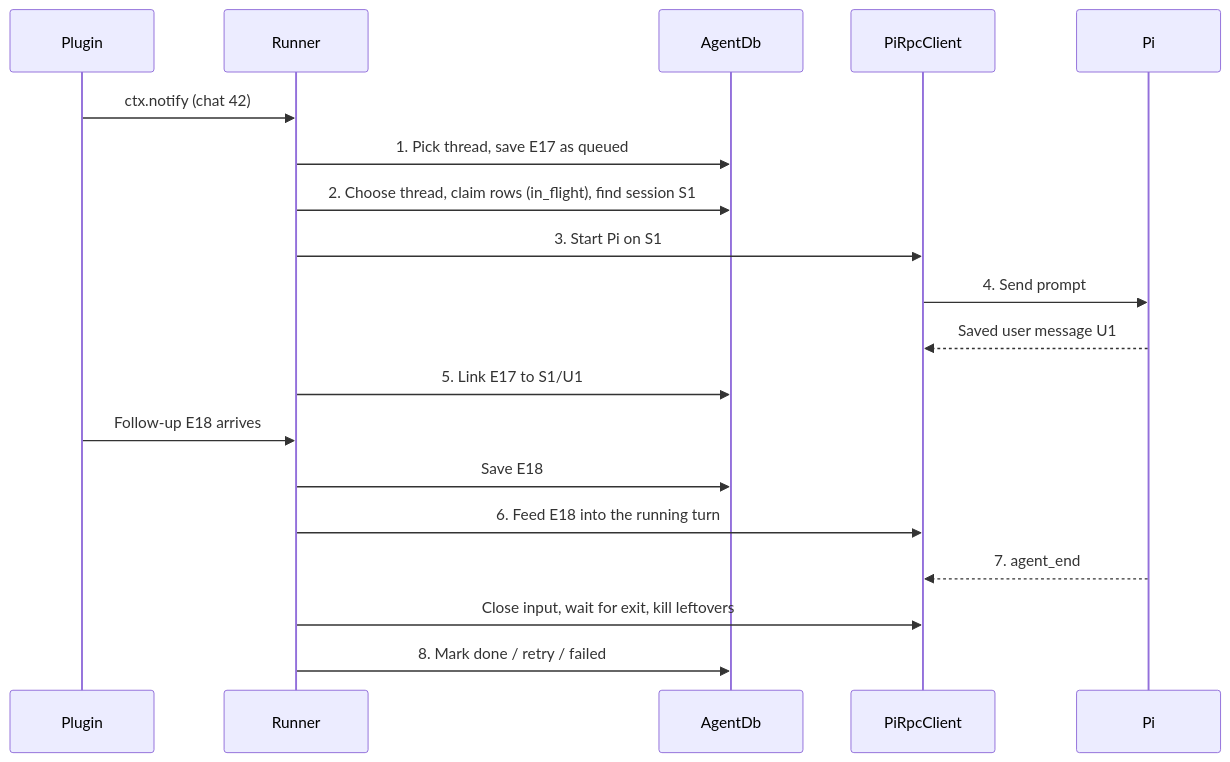
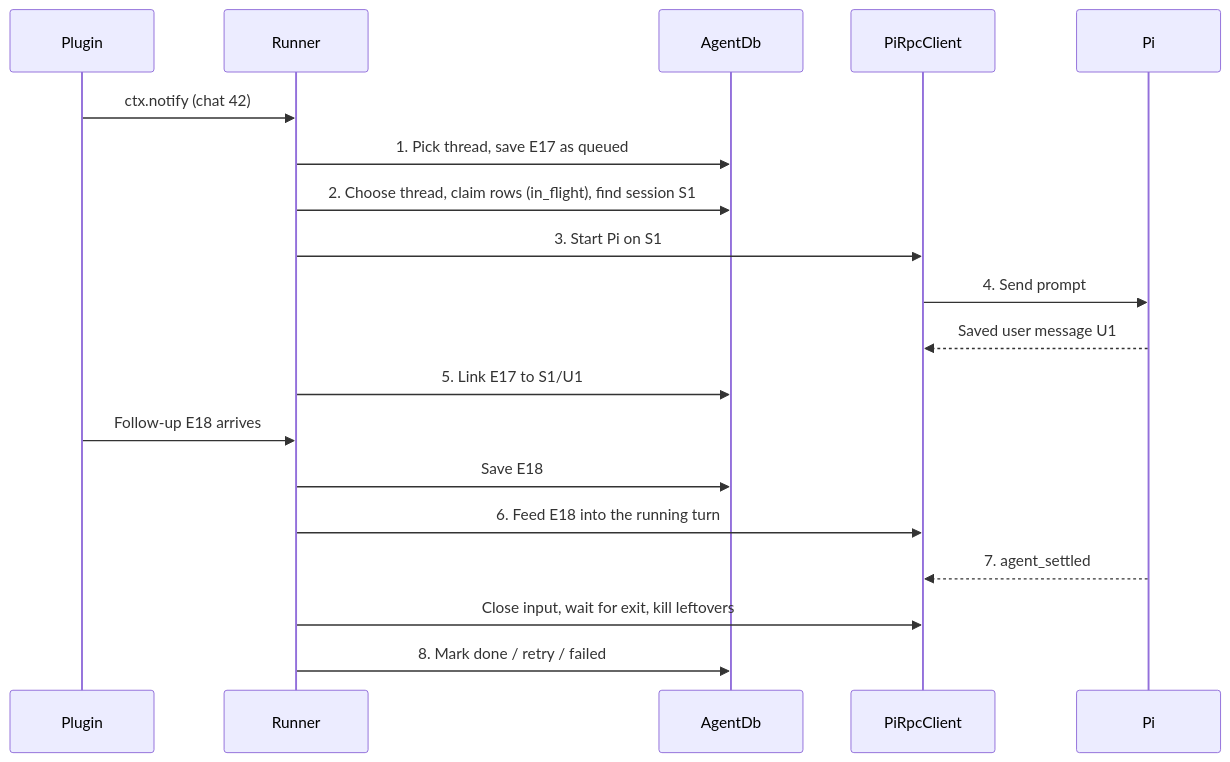
One commit to cognisphere-sh/cognisphere-harness changed the fifth of 7 diagrams in docs/low-level/core.md. Above: the diagram before and after it, drawn with Mermaid. The commit also changed other lines of this file and 21 other files, not shown here.

````diff
--- a/docs/low-level/core.md
+++ b/docs/low-level/core.md
@@ -248,21 +248,21 @@
 ```mermaid
 sequenceDiagram
     participant Plugin
     participant Runner
     participant DB as AgentDb
     participant RPC as PiRpcClient
     participant Pi
     Plugin->>Runner: ctx.notify (chat 42)
     Runner->>DB: 1. Pick thread, save E17 as queued
     Runner->>DB: 2. Choose thread, claim rows (in_flight), find session S1
     Runner->>RPC: 3. Start Pi on S1
     RPC->>Pi: 4. Send prompt
     Pi-->>RPC: Saved user message U1
     Runner->>DB: 5. Link E17 to S1/U1
     Plugin->>Runner: Follow-up E18 arrives
     Runner->>DB: Save E18
     Runner->>RPC: 6. Feed E18 into the running turn
-    Pi-->>RPC: 7. agent_end
+    Pi-->>RPC: 7. agent_settled
     Runner->>RPC: Close input, wait for exit, kill leftovers
     Runner->>DB: 8. Mark done / retry / failed
 ```
````
